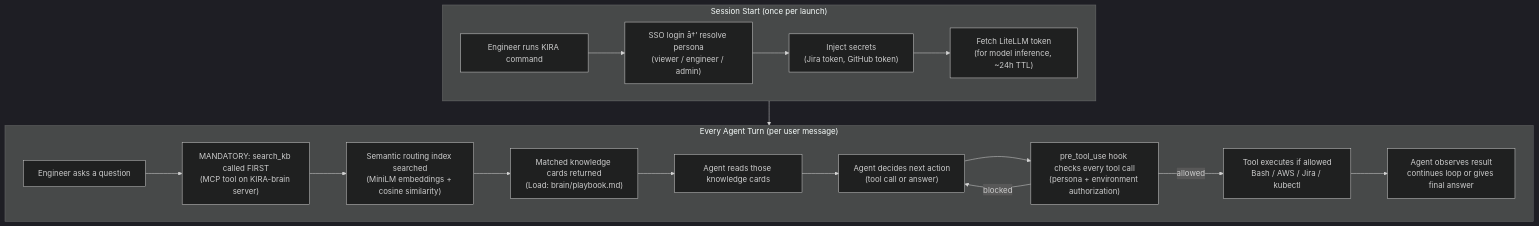
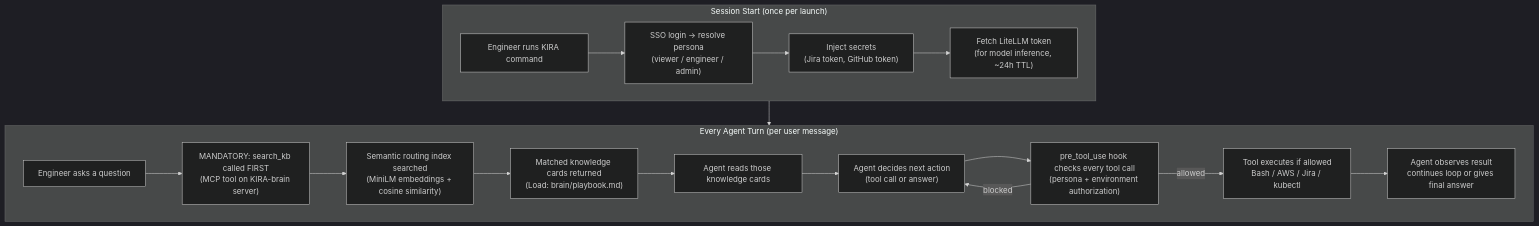
The first of 32 diagrams in interview/QnA.md (dnyanesh-k/notes), drawn with Mermaid (dark theme) before and after one commit. The commit also changed other lines of this file and 1 other file, not shown here.

````diff
--- a/interview/QnA.md
+++ b/interview/QnA.md
@@ -85,27 +86,27 @@
 ```mermaid
 flowchart TB
     subgraph session ["Session Start (once per launch)"]
         A1["Engineer runs KIRA command"]
-        A2["SSO login â†’ resolve persona\n(viewer / engineer / admin)"]
+        A2["SSO login → resolve persona\n(viewer / engineer / admin)"]
         A3["Inject secrets\n(Jira token, GitHub token)"]
         A4["Fetch LiteLLM token\n(for model inference, ~24h TTL)"]
         A1 --> A2 --> A3 --> A4
     end
 
     subgraph turn ["Every Agent Turn (per user message)"]
         B1["Engineer asks a question"]
         B2["MANDATORY: search_kb called FIRST\n(MCP tool on KIRA-brain server)"]
         B3["Semantic routing index searched\n(MiniLM embeddings + cosine similarity)"]
         B4["Matched knowledge cards returned\n(Load: brain/playbook.md)"]
         B5["Agent reads those knowledge cards"]
         B6["Agent decides next action\n(tool call or answer)"]
         B7["pre_tool_use hook checks every tool call\n(persona + environment authorization)"]
         B8["Tool executes if allowed\nBash / AWS / Jira / kubectl"]
         B9["Agent observes result\ncontinues loop or gives final answer"]
         B1 --> B2 --> B3 --> B4 --> B5 --> B6 --> B7
         B7 -->|allowed| B8 --> B9
         B7 -->|blocked| B6
     end
 
     session --> turn
 ```
````
